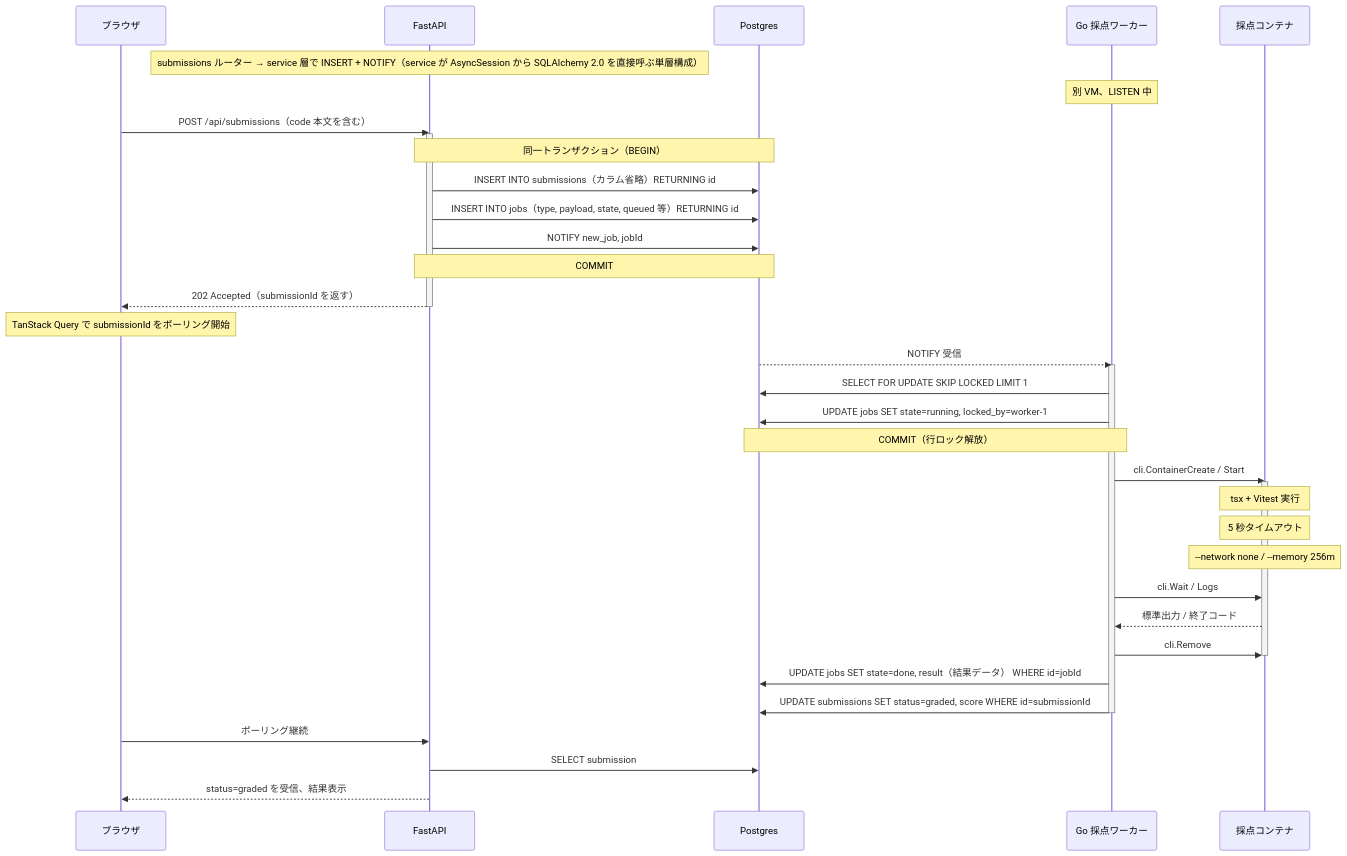
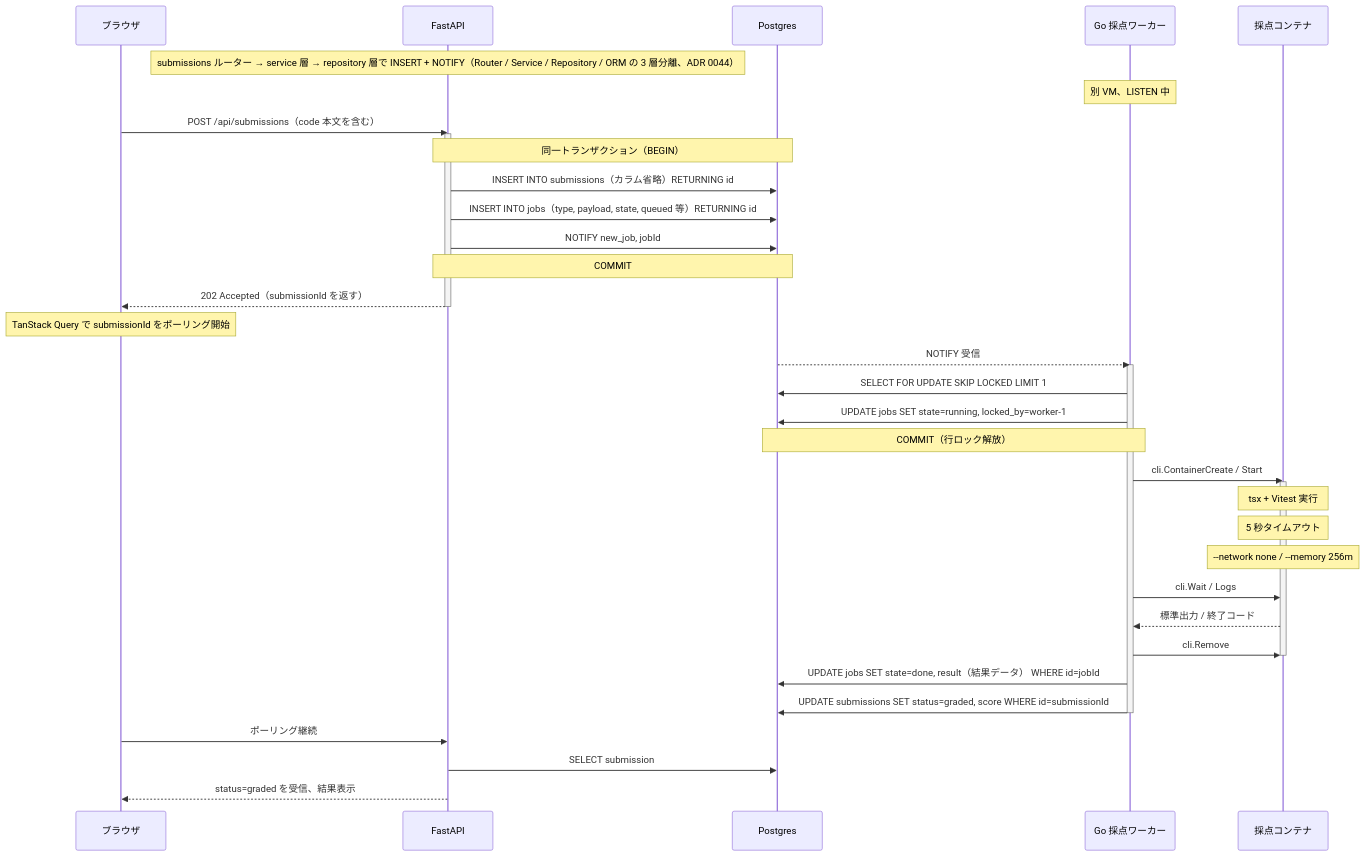
Before and after one commit to yzanbo/ai-coding-drill-python: the second of 2 diagrams in SYSTEM_OVERVIEW.md, drawn with Mermaid. The commit also changed 30 other files, not shown here.

First line of the commit message:
docs(docs,api): Backend に Repository パターンを採用し ADR 0044 として記録、関連 SSoT を整合

````diff
--- a/SYSTEM_OVERVIEW.md
+++ b/SYSTEM_OVERVIEW.md
@@ -115,47 +115,47 @@
 ```mermaid
 sequenceDiagram
     participant Browser as ブラウザ
     participant API as FastAPI
     participant DB as Postgres
     participant Worker as Go 採点ワーカー
     participant Sandbox as 採点コンテナ
 
-    Note over API: submissions ルーター → service 層で INSERT + NOTIFY（service が AsyncSession から SQLAlchemy 2.0 を直接呼ぶ単層構成）
+    Note over API: submissions ルーター → service 層 → repository 層で INSERT + NOTIFY（Router / Service / Repository / ORM の 3 層分離、ADR 0044）
     Note over Worker: 別 VM、LISTEN 中
 
     Browser->>API: POST /api/submissions（code 本文を含む）
     activate API
     Note over API,DB: 同一トランザクション（BEGIN）
     API->>DB: INSERT INTO submissions（カラム省略）RETURNING id
     API->>DB: INSERT INTO jobs（type, payload, state, queued 等）RETURNING id
     API->>DB: NOTIFY new_job, jobId
     Note over API,DB: COMMIT
     API-->>Browser: 202 Accepted（submissionId を返す）
     deactivate API
 
     Note over Browser: TanStack Query で submissionId をポーリング開始
 
     DB-->>Worker: NOTIFY 受信
     activate Worker
     Worker->>DB: SELECT FOR UPDATE SKIP LOCKED LIMIT 1
     Worker->>DB: UPDATE jobs SET state=running, locked_by=worker-1
     Note over Worker,DB: COMMIT（行ロック解放）
 
     Worker->>Sandbox: cli.ContainerCreate / Start
     activate Sandbox
     Note over Sandbox: tsx + Vitest 実行
     Note over Sandbox: 5 秒タイムアウト
     Note over Sandbox: --network none / --memory 256m
     Worker->>Sandbox: cli.Wait / Logs
     Sandbox-->>Worker: 標準出力 / 終了コード
     Worker->>Sandbox: cli.Remove
     deactivate Sandbox
 
     Worker->>DB: UPDATE jobs SET state=done, result（結果データ） WHERE id=jobId
     Worker->>DB: UPDATE submissions SET status=graded, score WHERE id=submissionId
     deactivate Worker
 
     Browser->>API: ポーリング継続
     API->>DB: SELECT submission
     API-->>Browser: status=graded を受信、結果表示
 ```
````
